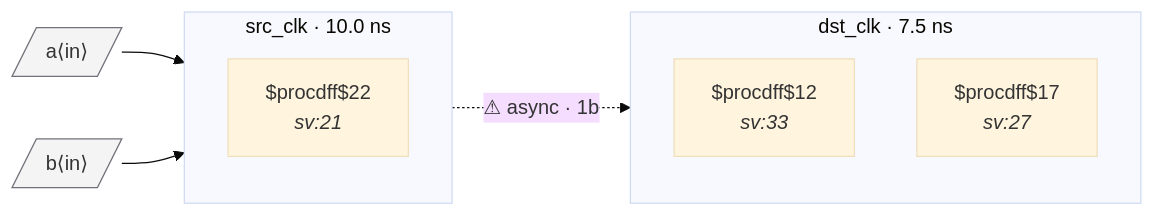
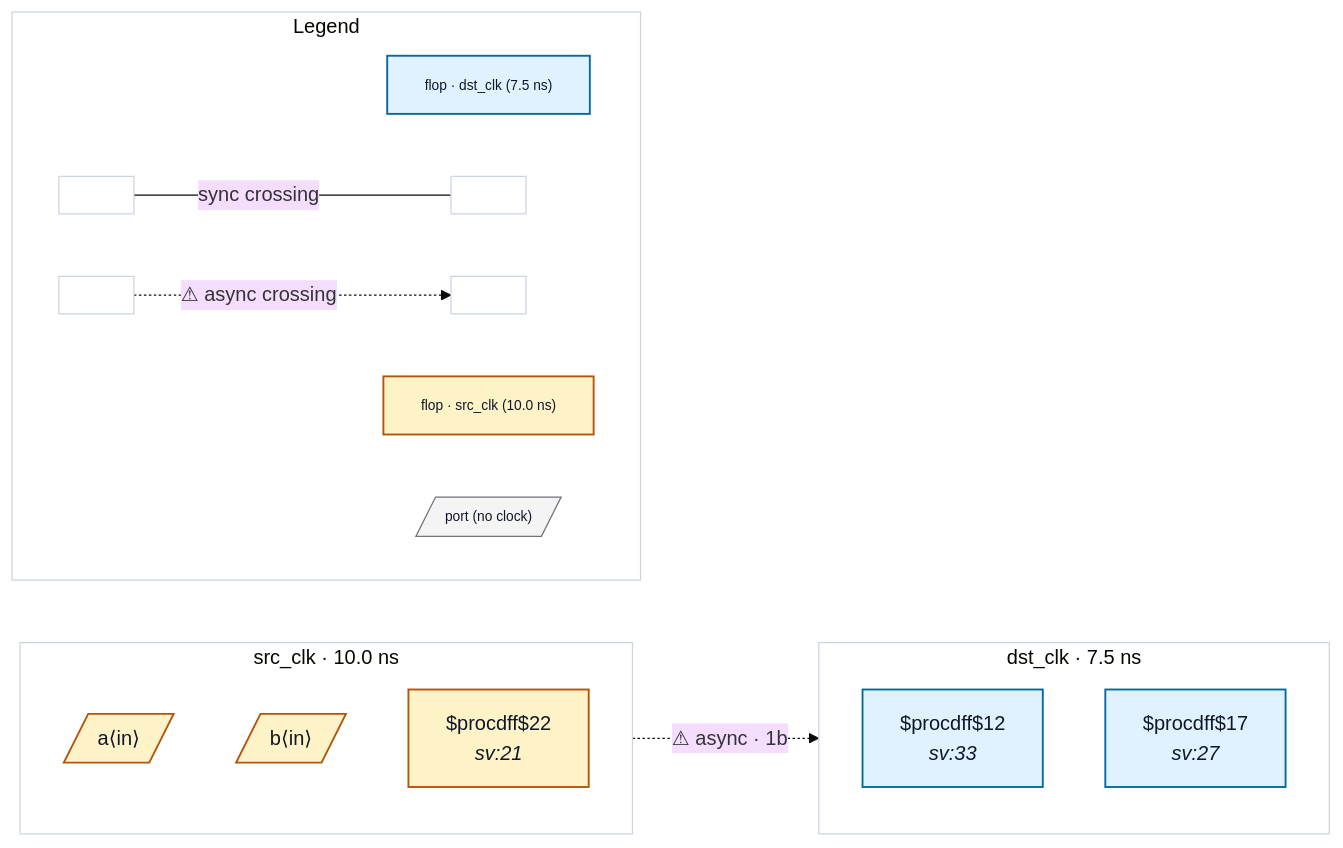
The diagram in tests/fixtures/good_registered_source/README.md (rtl-buddy/rtl-buddy-cdc), drawn with Mermaid (base theme) before and after one commit. The commit also changed 71 other files, not shown here.

First line of the commit message:
Refresh fixture READMEs + render iterations (colors, legend, nested ports, clock-net edges)

````diff
--- a/tests/fixtures/good_registered_source/README.md
+++ b/tests/fixtures/good_registered_source/README.md
@@ -16,19 +16,42 @@
 ```mermaid
 %% good_registered_source — generated by rtl-buddy-cdc render
 flowchart LR
   subgraph clk_dst_clk["dst_clk · 7.5 ns"]
     direction TB
-    f_3ba1c413["$procdff$12<br/><i>sv:33</i>"]
-    f_23b713f6["$procdff$17<br/><i>sv:27</i>"]
+    f_3ba1c413["$procdff$12<br/><i>sv:33</i>"]:::ckcls_dst_clk
+    f_23b713f6["$procdff$17<br/><i>sv:27</i>"]:::ckcls_dst_clk
   end
   subgraph clk_src_clk["src_clk · 10.0 ns"]
     direction TB
-    f_95ad630e["$procdff$22<br/><i>sv:21</i>"]
+    p_in_a[/"a⟨in⟩"/]:::ckcls_src_clk
+    p_in_b[/"b⟨in⟩"/]:::ckcls_src_clk
+    f_95ad630e["$procdff$22<br/><i>sv:21</i>"]:::ckcls_src_clk
   end
-  p_in_a[/"a⟨in⟩"/]:::port
-  p_in_b[/"b⟨in⟩"/]:::port
-  p_in_a --> f_95ad630e
-  p_in_b --> f_95ad630e
   f_95ad630e -. "⚠ async · 1b" .-> f_23b713f6
-  classDef port fill:#f4f4f5,stroke:#71717a
+  subgraph rb_legend["Legend"]
+    direction LR
+    lg_clk_dst_clk["flop · dst_clk (7.5 ns)"]:::ckcls_dst_clk
+    lg_clk_src_clk["flop · src_clk (10.0 ns)"]:::ckcls_src_clk
+    lg_port[/"port (no clock)"/]:::port_unassigned
+    lg_sync_a[" "]:::ckcls_legend_neutral
+    lg_sync_b[" "]:::ckcls_legend_neutral
+    lg_async_a[" "]:::ckcls_legend_neutral
+    lg_async_b[" "]:::ckcls_legend_neutral
+    lg_sync_a --- |"sync crossing"| lg_sync_b
+    lg_async_a -. "⚠ async crossing" .-> lg_async_b
+  end
+  style clk_dst_clk fill:none,stroke:#cbd5e1
+  style clk_src_clk fill:none,stroke:#cbd5e1
+  style rb_legend fill:none,stroke:#cbd5e1
+  style lg_clk_dst_clk font-size:11px
+  style lg_clk_src_clk font-size:11px
+  style lg_port font-size:11px
+  style lg_sync_a font-size:11px
+  style lg_sync_b font-size:11px
+  style lg_async_a font-size:11px
+  style lg_async_b font-size:11px
+  classDef ckcls_dst_clk fill:#e0f2fe,stroke:#0369a1,stroke-width:1.5px,color:#0f172a
+  classDef ckcls_src_clk fill:#fef3c7,stroke:#b45309,stroke-width:1.5px,color:#0f172a
+  classDef port_unassigned fill:#f4f4f5,stroke:#71717a,color:#0f172a
+  classDef ckcls_legend_neutral fill:#ffffff,stroke:#cbd5e1,stroke-width:1px,color:#0f172a
 ```
````
